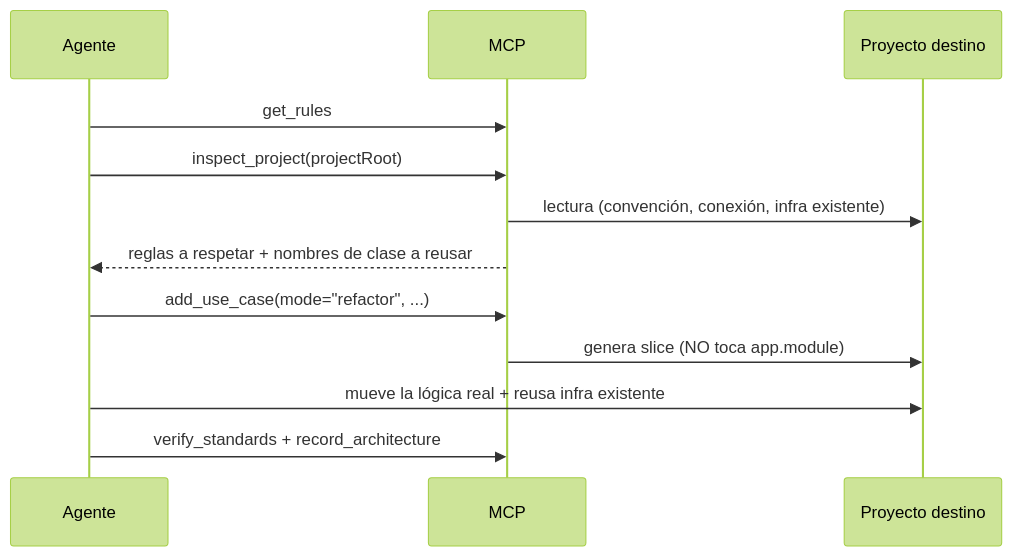
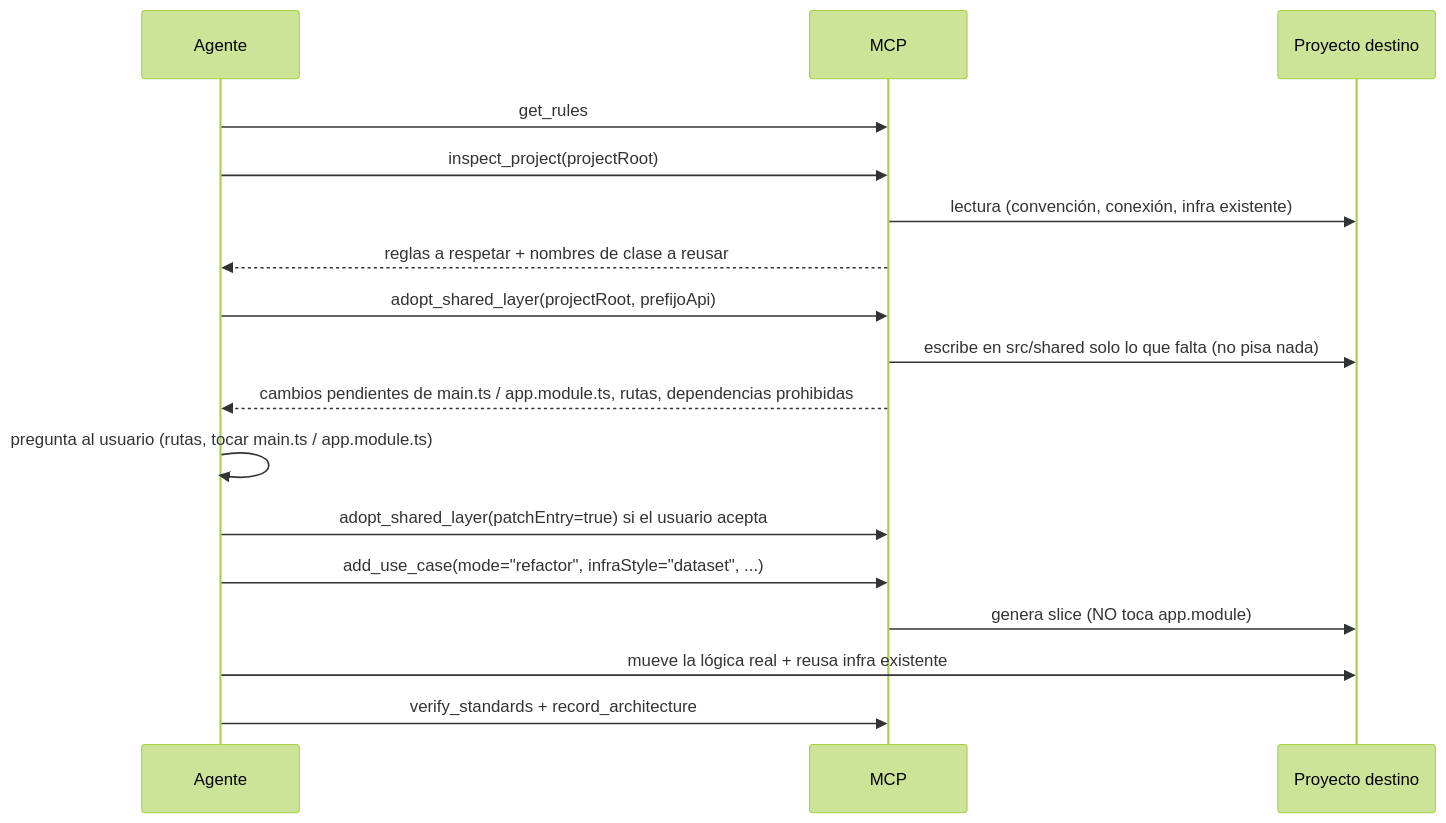
Before and after one commit to Ivan-Madera/midd-nestjs-hexagonal-architecture-mcp: the third of 4 diagrams in README.md, drawn with Mermaid (forest theme). The commit also changed other lines of this file and 44 other files, not shown here.

First line of the commit message:
feat(adopt): add adopt_shared_layer tool and suggestions

````diff
--- a/README.md
+++ b/README.md
@@ -146,14 +147,19 @@
 ```mermaid
 sequenceDiagram
   participant Ag as Agente
   participant MCP as MCP
   participant Repo as Proyecto destino
   Ag->>MCP: get_rules
   Ag->>MCP: inspect_project(projectRoot)
   MCP->>Repo: lectura (convención, conexión, infra existente)
   MCP-->>Ag: reglas a respetar + nombres de clase a reusar
-  Ag->>MCP: add_use_case(mode="refactor", ...)
+  Ag->>MCP: adopt_shared_layer(projectRoot, prefijoApi)
+  MCP->>Repo: escribe en src/shared solo lo que falta (no pisa nada)
+  MCP-->>Ag: cambios pendientes de main.ts / app.module.ts, rutas, dependencias prohibidas
+  Ag->>Ag: pregunta al usuario (rutas, tocar main.ts / app.module.ts)
+  Ag->>MCP: adopt_shared_layer(patchEntry=true) si el usuario acepta
+  Ag->>MCP: add_use_case(mode="refactor", infraStyle="dataset", ...)
   MCP->>Repo: genera slice (NO toca app.module)
   Ag->>Repo: mueve la lógica real + reusa infra existente
   Ag->>MCP: verify_standards + record_architecture
 ```
````
